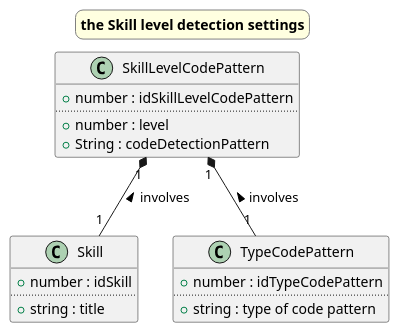
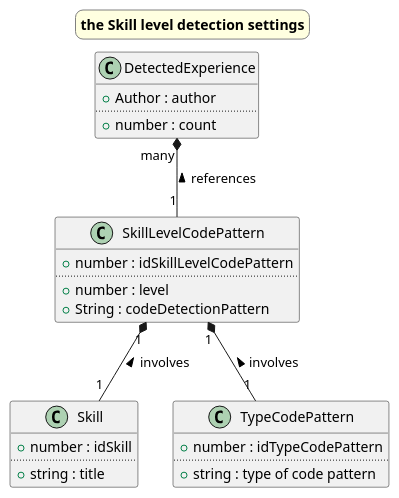
Before and after one commit to fitzhi/application: the diagram in back-fitzhi/doc/skill-level-detection.adoc, drawn with PlantUML. The commit also changed 1 other file, not shown here.

Commit message:
[Back] Documentation of the SkillLevel detection

```diff
--- a/back-fitzhi/doc/skill-level-detection.adoc
+++ b/back-fitzhi/doc/skill-level-detection.adoc
@@ -1,36 +1,43 @@
-[plantuml, Skill Level Detection diagram"]
+[plantuml, Skill Level Detection diagram]
 ....
 @startuml
 
 skinparam titleBorderRoundCorner 15
 skinparam titleBorderThickness 1
 skinparam titleBorderColor grey
 skinparam titleBackgroundColor lightYellow
 
 title the Skill level detection settings
+
+class DetectedExperience {
++ {field} Author : author
+..
++ {field} number : count
+}
 
 class SkillLevelCodePattern {
 + {field} number : idSkillLevelCodePattern
 ..
 + {field} number : level
 + {field} String : codeDetectionPattern
 }
 
 
 class Skill {
 + {field} number : idSkill
 ..
 + {field} string : title
 }
 
 class TypeCodePattern {
 + {field} number : idTypeCodePattern
 ..
 + {field} string : type of code pattern
 }
 
+DetectedExperience "many" *-- "1" SkillLevelCodePattern : references <
 SkillLevelCodePattern "1" *-- "1" Skill : involves <
 SkillLevelCodePattern "1" *-- "1" TypeCodePattern : involves <
 
 @enduml
 ....
```
